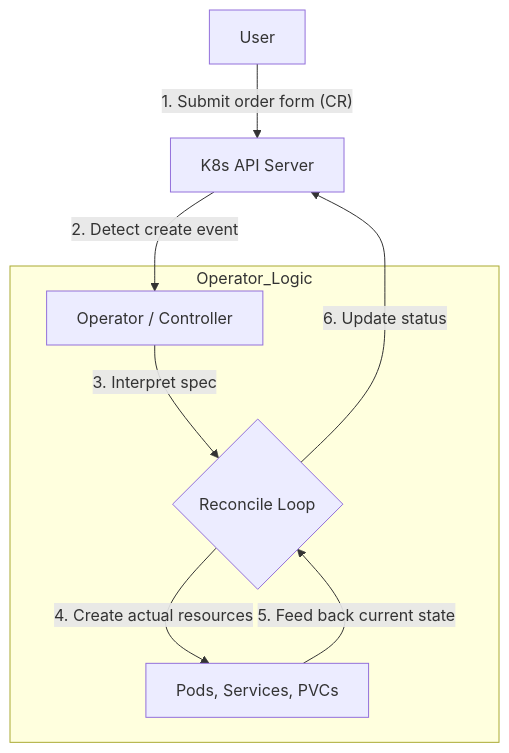
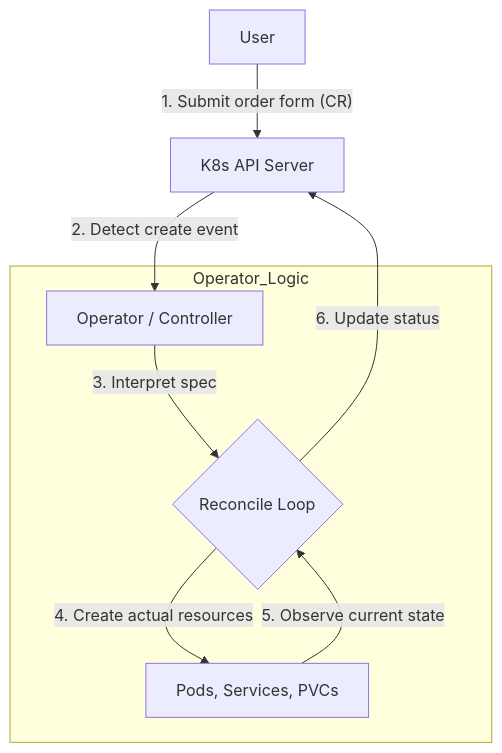
The diagram in content/operator/44-operator-and-cr-relationship.md (jeonck/k8s-adv), drawn with Mermaid before and after one commit. The commit also changed other lines of this file and 53 other files, not shown here.

````diff
--- a/content/operator/44-operator-and-cr-relationship.md
+++ b/content/operator/44-operator-and-cr-relationship.md
@@ -20,13 +20,13 @@
 ```mermaid
 graph TD
     User[User] -- "1. Submit order form (CR)" --> API[K8s API Server]
     API -- "2. Detect create event" --> OP[Operator / Controller]
     
     subgraph Operator_Logic
     OP -- "3. Interpret spec" --> Reconcile{Reconcile Loop}
     Reconcile -- "4. Create actual resources" --> Real[Pods, Services, PVCs]
-    Real -- "5. Feed back current state" --> Reconcile
+    Real -- "5. Observe current state" --> Reconcile
     end
     
     Reconcile -- "6. Update status" --> API
 ```
````
